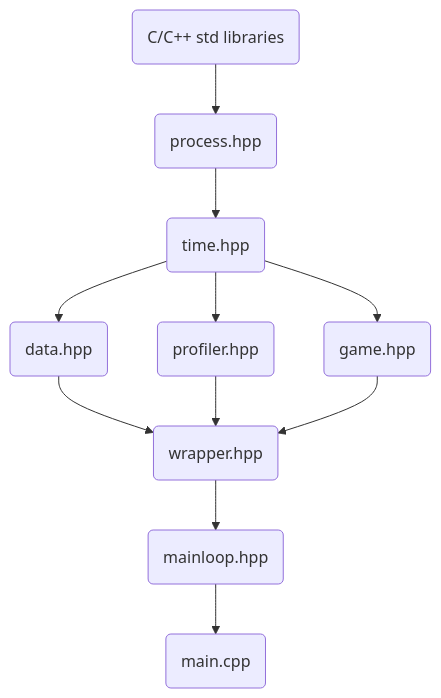
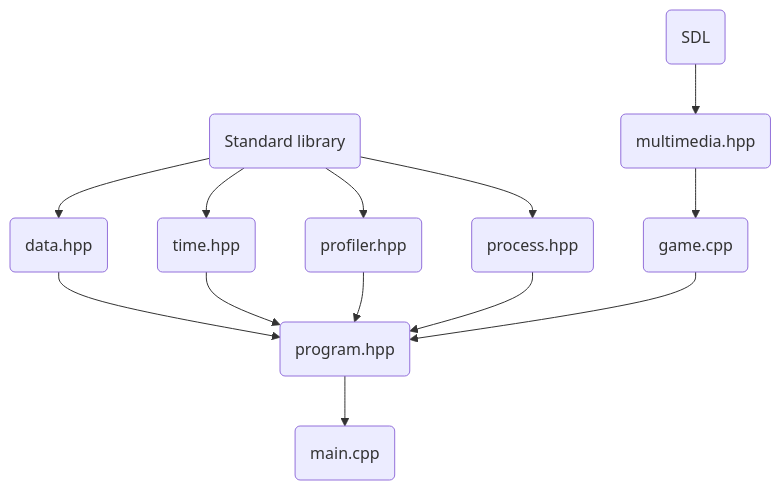
The diagram in README.md (sibjor/ParkourRunner), drawn with Mermaid before and after one commit. The commit also changed 13 other files, not shown here.

````diff
--- a/README.md
+++ b/README.md
@@ -11,11 +11,10 @@
 ```mermaid
 flowchart TD
-    A(C/C++ std libraries) --> B(process.hpp)
-    B --> C(time.hpp)
-    C --> D(data.hpp) --> G(wrapper.hpp)
-    C --> E(profiler.hpp) --> G
-    C --> F(game.hpp) --> G
-    G --> H(mainloop.hpp)
-    H --> I(main.cpp)
+    A(Standard library) --> B(data.hpp) --> I(program.hpp) --> J(main.cpp)
+    A --> C(time.hpp) --> I
+    A --> D(profiler.hpp) --> I
+    A --> E(process.hpp) --> I
+    F(SDL) --> G(multimedia.hpp)
+    G --> H(game.cpp) --> I
     
 ```
````
